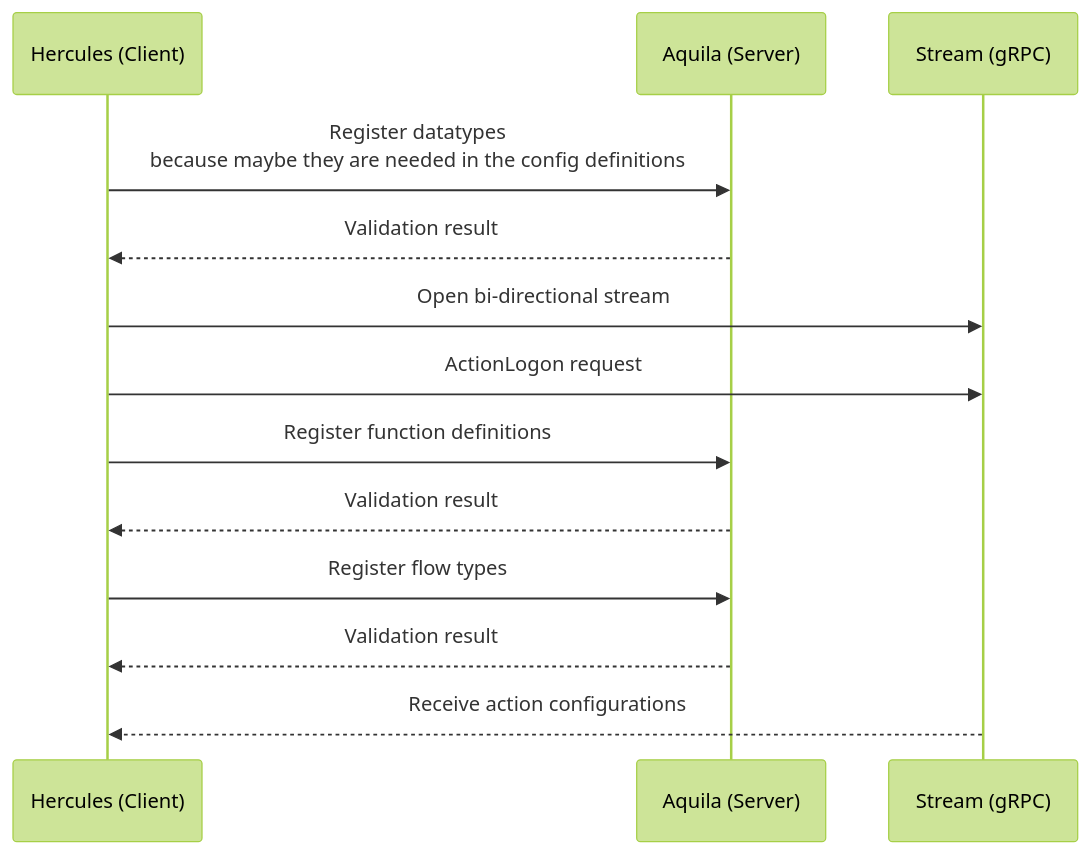
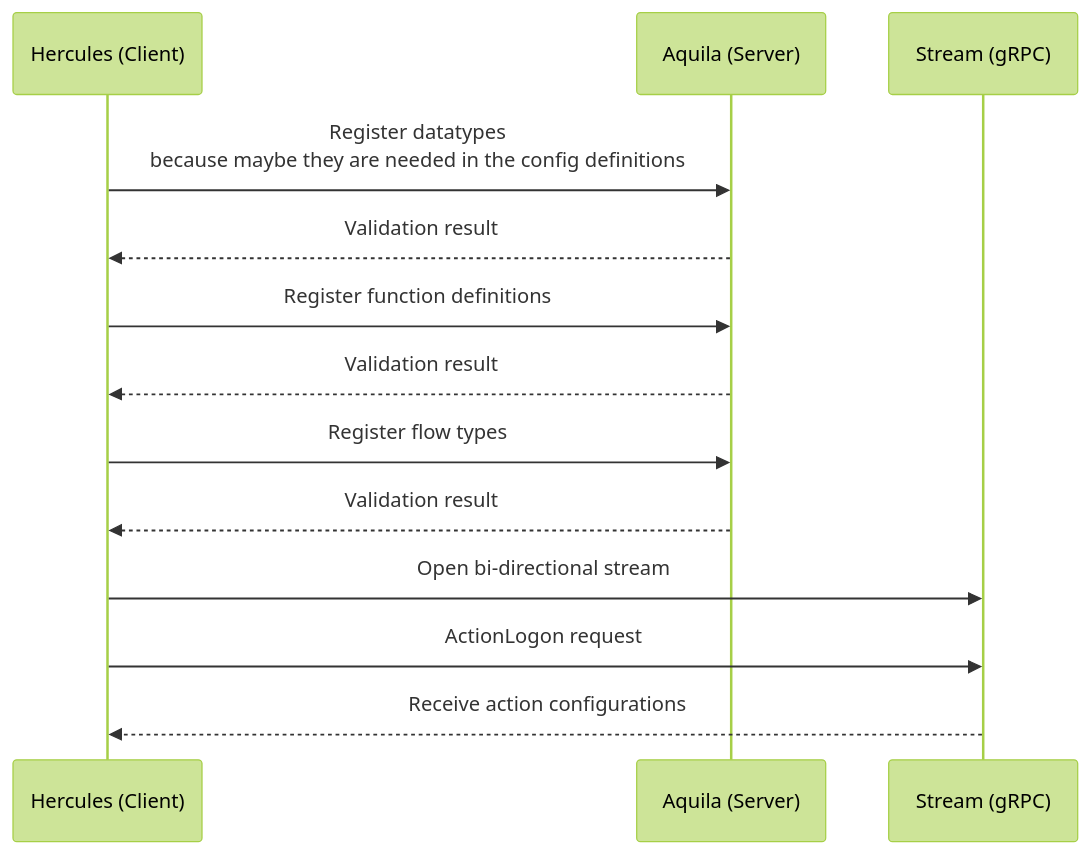
Before and after one commit to code0-tech/hercules: the first of 3 diagrams in README.md, drawn with Mermaid (forest theme). The commit also changed other lines of this file and 1 other file, not shown here.

Commit message:
Reorder function calls in connection.ts and update README for clarity

````diff
--- a/README.md
+++ b/README.md
@@ -11,22 +11,20 @@
 ```mermaid
 sequenceDiagram
     participant Hercules as Hercules (Client)
     participant Aquila as Aquila (Server)
     participant Stream as Stream (gRPC)
 
     Hercules->>Aquila: Register datatypes<br>because maybe they are needed in the config definitions
     Aquila-->>Hercules: Validation result
- 
 
-    Hercules->>Stream: Open bi-directional stream
-    Hercules->>Stream: ActionLogon request
-
-   
     Hercules->>Aquila: Register function definitions
     Aquila-->>Hercules: Validation result
 
     Hercules->>Aquila: Register flow types
     Aquila-->>Hercules: Validation result
 
+    Hercules->>Stream: Open bi-directional stream
+    Hercules->>Stream: ActionLogon request
+
     Stream-->>Hercules: Receive action configurations
 ```
````
